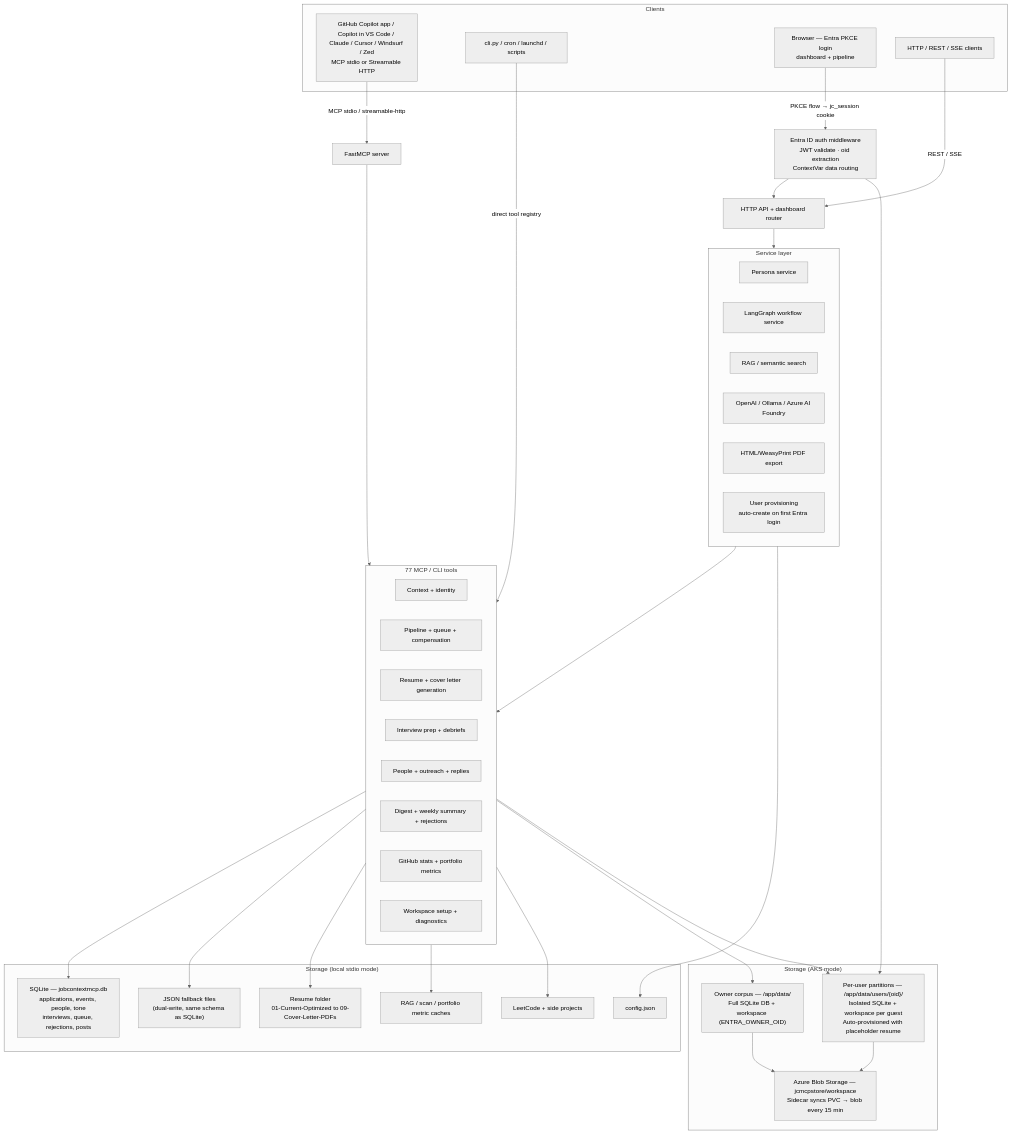
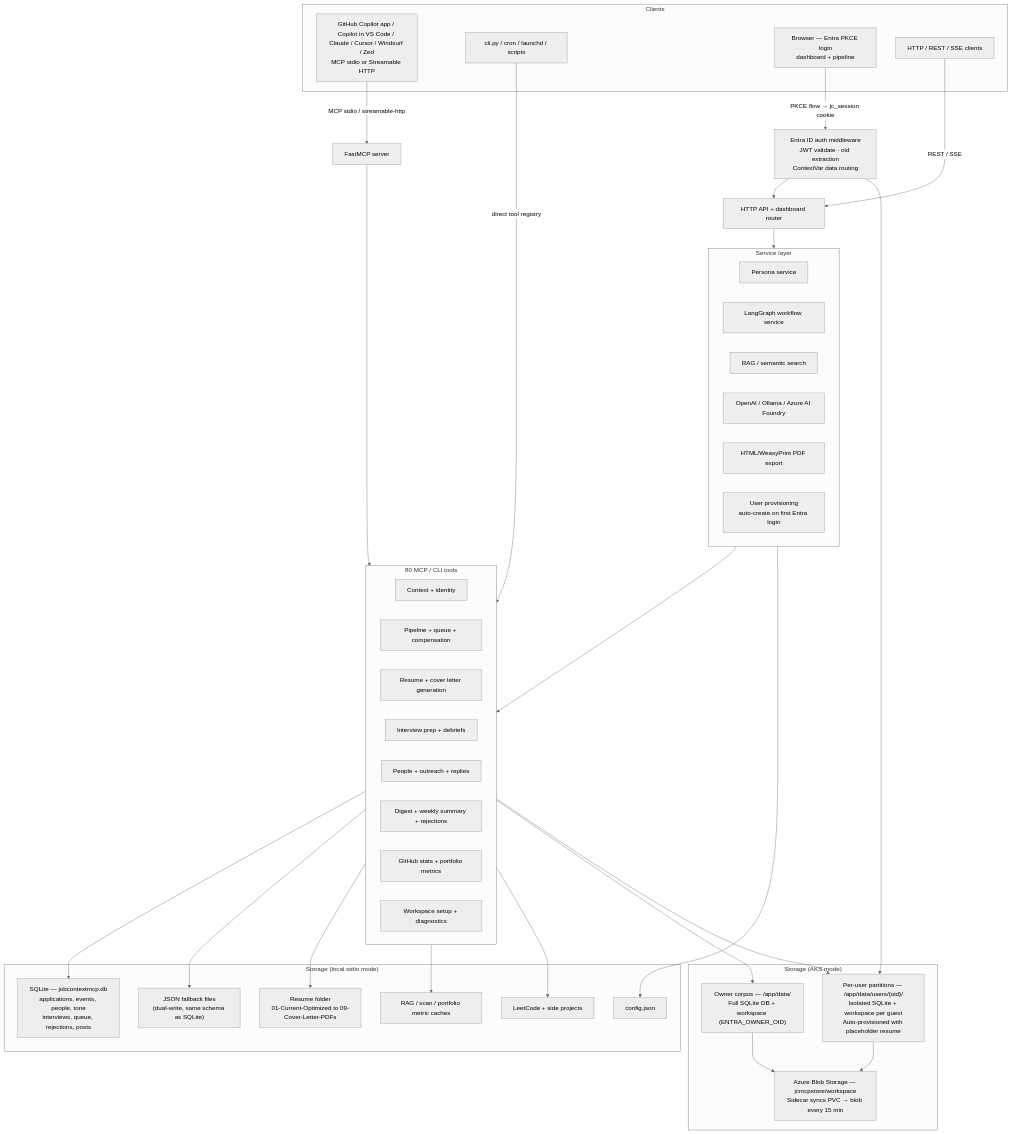
The first of 3 diagrams in README.md (JustLikeFrank3/jobContextMCP), drawn with Mermaid (neutral theme) before and after one commit. The commit also changed other lines of this file, not shown here.

````diff
--- a/README.md
+++ b/README.md
@@ -143,66 +143,66 @@
 ```mermaid
 graph TB
   subgraph CLIENTS["Clients"]
     COPILOT["GitHub Copilot app / Copilot in VS Code / Claude / Cursor / Windsurf / Zed\nMCP stdio or Streamable HTTP"]
     CLI["cli.py / cron / launchd / scripts"]
     DASH["Browser — Entra PKCE login\ndashboard + pipeline"]
     HTTPCLIENT["HTTP / REST / SSE clients"]
   end
 
   COPILOT -->|"MCP stdio / streamable-http"| MCP["FastMCP server"]
   CLI -->|"direct tool registry"| TOOLS
   DASH -->|"PKCE flow → jc_session cookie"| ENTRA["Entra ID auth middleware\nJWT validate · oid extraction\nContextVar data routing"]
   HTTPCLIENT -->|"REST / SSE"| HTTP["HTTP API + dashboard router"]
   ENTRA --> HTTP
 
   HTTP --> SERVICES
   MCP --> TOOLS
   SERVICES --> TOOLS
 
   subgraph SERVICES["Service layer"]
     PERSONA["Persona service"]
     WORKFLOW["LangGraph workflow service"]
     RAG["RAG / semantic search"]
     LLM["OpenAI / Ollama / Azure AI Foundry"]
     PDF["HTML/WeasyPrint PDF export"]
     PROV["User provisioning\nauto-create on first Entra login"]
   end
 
-  subgraph TOOLS["77 MCP / CLI tools"]
+  subgraph TOOLS["80 MCP / CLI tools"]
     CTX["Context + identity"]
     PIPE["Pipeline + queue + compensation"]
     DOCS["Resume + cover letter generation"]
     INTERVIEW["Interview prep + debriefs"]
     OUTREACH["People + outreach + replies"]
     ANALYTICS["Digest + weekly summary + rejections"]
     PORTFOLIO["GitHub stats + portfolio metrics"]
     SETUP["Workspace setup + diagnostics"]
   end
 
   subgraph FILES["Storage (local stdio mode)"]
     CONFIG["config.json"]
     SQLITE["SQLite — jobcontextmcp.db\napplications, events, people, tone\ninterviews, queue, rejections, posts"]
     DATA["JSON fallback files\n(dual-write, same schema as SQLite)"]
     MATERIALS["Resume folder\n01-Current-Optimized to 09-Cover-Letter-PDFs"]
     INDEX["RAG / scan / portfolio metric caches"]
     PROJECTS["LeetCode + side projects"]
   end
 
   subgraph AKS_FILES["Storage (AKS mode)"]
     AKS_OWNER["Owner corpus — /app/data/\nFull SQLite DB + workspace (ENTRA_OWNER_OID)"]
     AKS_USERS["Per-user partitions — /app/data/users/{oid}/\nIsolated SQLite + workspace per guest\nAuto-provisioned with placeholder resume"]
     BLOB["Azure Blob Storage — jcmcpstore/workspace\nSidecar syncs PVC → blob every 15 min"]
   end
 
   SERVICES --> CONFIG
   TOOLS --> SQLITE
   TOOLS --> DATA
   TOOLS --> MATERIALS
   TOOLS --> INDEX
   TOOLS --> PROJECTS
   TOOLS --> AKS_OWNER
   TOOLS --> AKS_USERS
   ENTRA --> AKS_USERS
   AKS_OWNER --> BLOB
   AKS_USERS --> BLOB
 ```
````
